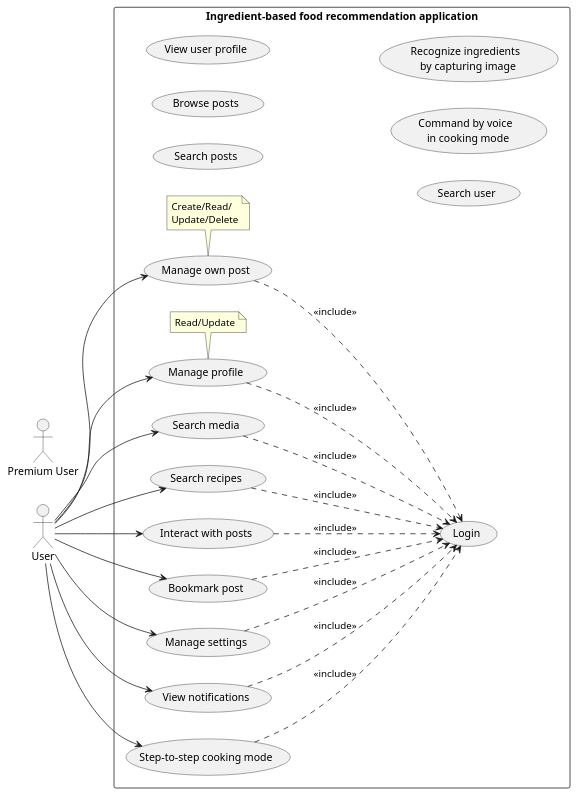
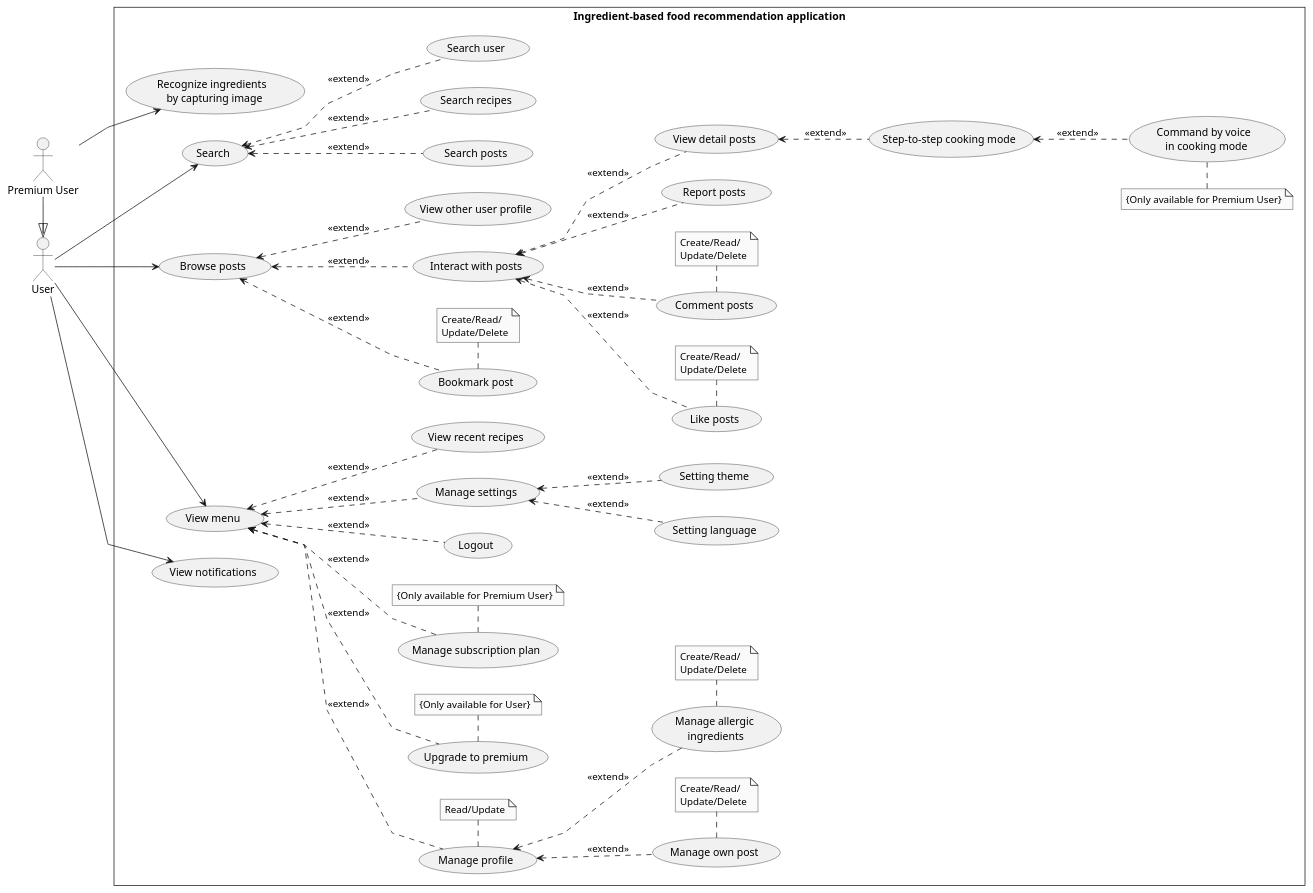
One commit to Carl-Johnsons/tastopia changed the diagram in doc/SRS/Usecase/UserUsecase.plantuml. Above: the diagram before and after it, drawn with PlantUML. The commit also changed 1 other file, not shown here.

Commit message:
doc: add guest_usecase and update user_usecase

```diff
--- a/doc/SRS/Usecase/UserUsecase.plantuml
+++ b/doc/SRS/Usecase/UserUsecase.plantuml
@@ -1,80 +1,107 @@
 @startuml
+skinparam style strictuml
+skinparam monochrome true
+skinparam linetype polyline
 left to right direction
-' actor "Guest" as guest
 actor "User" as user
 actor "Premium User" as pUser
 ' actor "Admin" as admin
 
 
 
 rectangle Ingredient-based<U+0020>food<U+0020>recommendation<U+0020>application {
-'   usecase "Register" as ucRegister
-  usecase "Search posts" as ucSearchPosts
-  usecase "Browse posts" as ucBrowsePosts
-  usecase "View user profile" as ucViewUSProfile
-  usecase "Search user" as ucSearchUser
+    usecase "Logout" as ucLogout
 
-  usecase "Login" as ucLogin
-  usecase "Search media" as ucSearchMedia
-  usecase "Search recipes" as ucSearchRecipes
-  usecase "Interact with posts" as ucInteractPosts
-  usecase "Bookmark post" as ucBookmarkPost
-  usecase "Manage own post" as ucManagePost
-  usecase "Manage profile" as ucManageProfile
-  usecase "Manage settings" as ucManageSetting
-  usecase "View notifications" as ucViewNotif
-  usecase "Step-to-step cooking mode" as ucStepToStepCCM
-  note "Create/Read/\nUpdate/Delete" as noteManagePost
-  note "Read/Update" as noteManageProfile
+    usecase "Search" as ucSearch
+    usecase "Search posts" as ucSearchPosts
+    usecase "Search recipes" as ucSearchRecipes
+    usecase "Search user" as ucSearchUser
 
+    usecase "Browse posts" as ucBrowsePosts
+    usecase "Interact with posts" as ucInteractPosts
+    usecase "Like posts" as ucLikePost
+    usecase "Comment posts" as ucCmtPost
+    usecase "Report posts" as ucReportPost
+    usecase "Bookmark post" as ucBookmarkPost
+    usecase "View detail posts" as ucViewDetailPost
+    usecase "Step-to-step cooking mode" as ucStepToStepCCM
+    usecase "View other user profile" as ucViewUSProfile
 
-  usecase "Command by voice \n in cooking mode" as ucCommandVoiceCCM
-  usecase "Recognize ingredients \n by capturing image" as ucRecognizeIngre
+    usecase "View menu" as ucViewMenu
+    usecase "Manage profile" as ucManageProfile
+    usecase "Manage own post" as ucManagePost
+    usecase "Manage allergic\n ingredients" as ucManageAller
+    usecase "Manage settings" as ucManageSetting
+    usecase "Setting language" as ucSetLang
+    usecase "Setting theme" as ucSetTheme
+    usecase "View recent recipes" as ucViewRecentRecipes
+    usecase "Upgrade to premium" as ucUpgradeToPremium
 
+    usecase "View notifications" as ucViewNotif
+    note "Create/Read/\nUpdate/Delete" as noteManagePost
+    note "Create/Read/\nUpdate/Delete" as noteManageAller
+    note "Read/Update" as noteManageProfile
+    note "Create/Read/\nUpdate/Delete" as noteLikePost
+    note "Create/Read/\nUpdate/Delete" as noteCmtPost
+    note "Create/Read/\nUpdate/Delete" as noteBookmarkPost
+    note "{Only available for User}" as noteUpgradeToPremium
+
+    
 '   usecase "View statistic" as ucViewStatistic
 '   usecase "View report" as ucViewRepost
 '   usecase "Administer users" as ucAdmUser
 '   usecase "Administer permission" as ucAdmPermis
 '   usecase "Administer posts" as ucAdmPost
 '   usecase "Administer recipes" as ucAdmRecipes
 '   usecase "Administer ingredients" as ucAdmIngre
+    user --> ucSearch
+        ucSearch <.. ucSearchUser : <<extend>>
+        ucSearch <.. ucSearchPosts : <<extend>>
+        ucSearch <.. ucSearchRecipes : <<extend>>
 
-  
+    user --> ucBrowsePosts
+        ucBrowsePosts <.. ucInteractPosts : <<extend>>
+            ucInteractPosts <.. ucLikePost : <<extend>>
+                ucLikePost . noteLikePost
+            ucInteractPosts <.. ucCmtPost : <<extend>>
+                ucCmtPost . noteCmtPost
+            ucInteractPosts <.. ucReportPost : <<extend>>
+            ucInteractPosts <.. ucViewDetailPost : <<extend>>
+                ucViewDetailPost <.. ucStepToStepCCM : <<extend>>
+        ucBrowsePosts <.. ucBookmarkPost : <<extend>>
+            ucBookmarkPost . noteBookmarkPost
+        ucBrowsePosts <.. ucViewUSProfile : <<extend>>
+
+    user --> ucViewMenu
+        ucViewMenu <.. ucManageProfile : <<extend>>
+            ucManageProfile . noteManageProfile
+            ucManageProfile <.. ucManagePost : <<extend>>
+                ucManagePost . noteManagePost
+            ucManageProfile <.. ucManageAller : <<extend>>
+                ucManageAller . noteManageAller
+        ucViewMenu <.. ucManageSetting : <<extend>>
+            ucManageSetting <.. ucSetLang : <<extend>>
+            ucManageSetting <.. ucSetTheme : <<extend>>
+        ucViewMenu <.. ucViewRecentRecipes : <<extend>>
+        ucViewMenu <.. ucUpgradeToPremium : <<extend>>
+            ucUpgradeToPremium . noteUpgradeToPremium
+        ucViewMenu <.. ucLogout : <<extend>>
+
+    user --> ucViewNotif
 
 
+    usecase "Command by voice \n in cooking mode" as ucCommandVoiceCCM
+    usecase "Recognize ingredients \n by capturing image" as ucRecognizeIngre
+    usecase "Manage subscription plan" as ucMngSubcriptPlan
+
+    note "{Only available for Premium User}" as noteMngSubcriptPlan
+
+    pUser -|> user
+    pUser --> ucRecognizeIngre
+    ucStepToStepCCM <.. ucCommandVoiceCCM : <<extend>>
+    ucViewMenu <.. ucMngSubcriptPlan : <<extend>>
+        ucMngSubcriptPlan . noteMngSubcriptPlan
+    note top of ucCommandVoiceCCM: {Only available for Premium User}
 }
-' guest --> ucRegister
-' guest --> ucSearchPosts
-' guest --> ucBrowsePosts
-' ucBrowsePosts --> ucViewUSProfile
-' guest --> ucSearchUser
-' ucSearchUser --> ucViewUSProfile
-
-
-user --> ucSearchMedia
-user --> ucSearchRecipes
-user --> ucInteractPosts
-user --> ucBookmarkPost
-user --> ucManagePost
-user --> ucManageProfile
-user --> ucManageSetting
-user --> ucViewNotif
-user --> ucStepToStepCCM
-
-ucManagePost . noteManagePost
-ucManageProfile . noteManageProfile
-
-
-
-ucSearchMedia ..> ucLogin : <<include>>
-ucSearchRecipes ..> ucLogin : <<include>>
-ucInteractPosts ..> ucLogin : <<include>>
-ucBookmarkPost ..> ucLogin : <<include>>
-ucManagePost ..> ucLogin : <<include>>
-ucManageProfile ..> ucLogin : <<include>>
-ucManageSetting ..> ucLogin : <<include>>
-ucViewNotif ..> ucLogin : <<include>>
-ucStepToStepCCM ..> ucLogin : <<include>>
-
 
 @enduml
```
